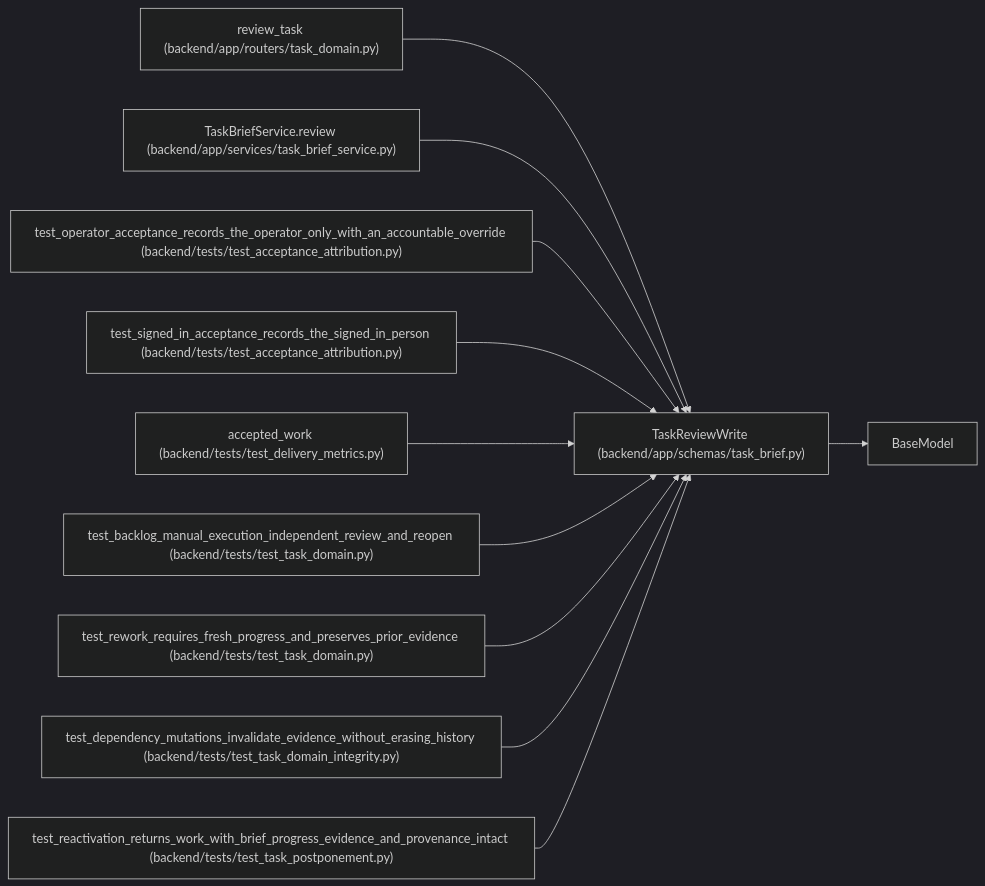
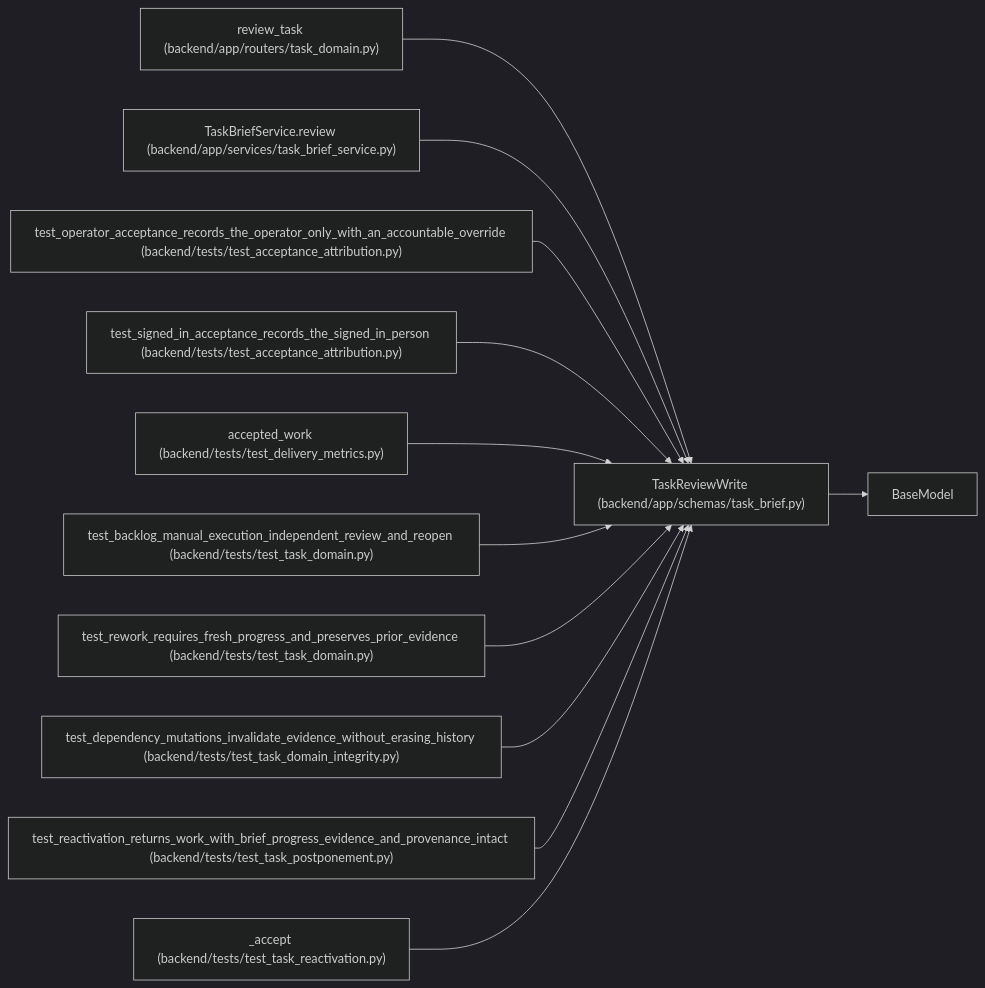
One commit to Denissvgn/WorkChord changed the diagram in docs/llm_wiki/entities/TaskReviewWrite.md. Above: the diagram before and after it, drawn with Mermaid (dark theme). The commit also changed other lines of this file and 873 other files, not shown here.

Commit message:
Sync the architectural wiki for automatic reactivation of postponed tasks

````diff
--- a/docs/llm_wiki/entities/TaskReviewWrite.md
+++ b/docs/llm_wiki/entities/TaskReviewWrite.md
@@ -36,34 +36,37 @@
 ```mermaid
 flowchart LR
     n0["TaskReviewWrite (backend/app/schemas/task_brief.py)"]
     n1["BaseModel"]
     n2["review_task (backend/app/routers/task_domain.py)"]
     n3["TaskBriefService.review (backend/app/services/task_brief_service.py)"]
     n4["test_operator_acceptance_records_the_operator_only_with_an_accountable_override (backend/tests/test_acceptance_attribution.py)"]
     n5["test_signed_in_acceptance_records_the_signed_in_person (backend/tests/test_acceptance_attribution.py)"]
     n6["accepted_work (backend/tests/test_delivery_metrics.py)"]
     n7["test_backlog_manual_execution_independent_review_and_reopen (backend/tests/test_task_domain.py)"]
     n8["test_rework_requires_fresh_progress_and_preserves_prior_evidence (backend/tests/test_task_domain.py)"]
     n9["test_dependency_mutations_invalidate_evidence_without_erasing_history (backend/tests/test_task_domain_integrity.py)"]
     n10["test_reactivation_returns_work_with_brief_progress_evidence_and_provenance_intact (backend/tests/test_task_postponement.py)"]
+    n11["_accept (backend/tests/test_task_reactivation.py)"]
     n0 --> n1
     n2 --> n0
     n3 --> n0
     n4 --> n0
     n5 --> n0
     n6 --> n0
     n7 --> n0
     n8 --> n0
     n9 --> n0
     n10 --> n0
+    n11 --> n0
     click n0 "../modules/schemas_task_brief.md"
     click n2 "../modules/routers_task_domain.md"
     click n3 "../modules/task_brief_service.md"
     click n4 "../modules/test_acceptance_attribution.md"
     click n5 "../modules/test_acceptance_attribution.md"
     click n6 "../modules/test_delivery_metrics.md"
     click n7 "../modules/test_task_domain.md"
     click n8 "../modules/test_task_domain.md"
     click n9 "../modules/test_task_domain_integrity.md"
     click n10 "../modules/test_task_postponement.md"
+    click n11 "../modules/test_task_reactivation.md"
 ```
````
